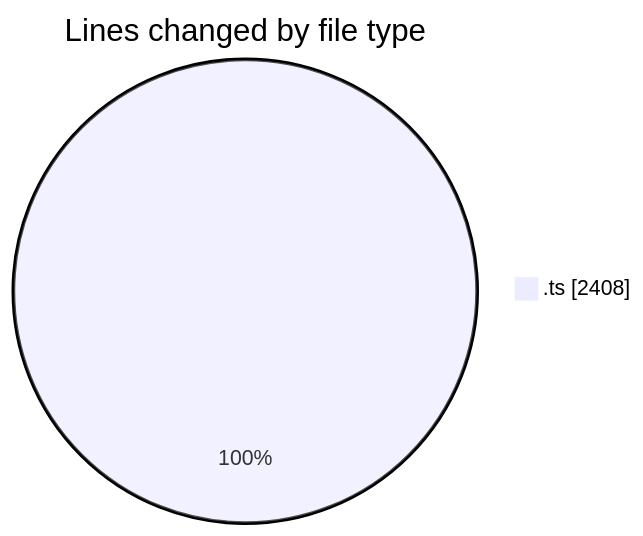
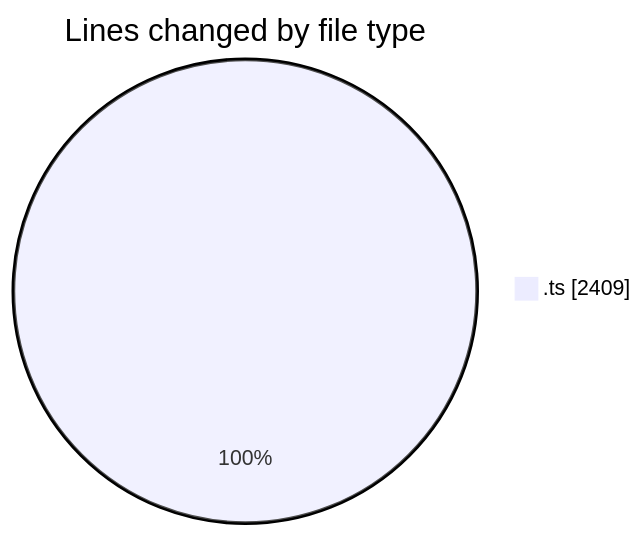
The first of 2 diagrams in 2025-10-23/cda/README.md (momahboobian/code-tracking), drawn with Mermaid before and after one commit. The commit also changed other lines of this file and 1 other file, not shown here.

````diff
--- a/2025-10-23/cda/README.md
+++ b/2025-10-23/cda/README.md
@@ -23,5 +23,5 @@
 ```mermaid
 pie showData
 title Lines changed by file type
-".ts" : 2408
+".ts" : 2409
 ```
````
